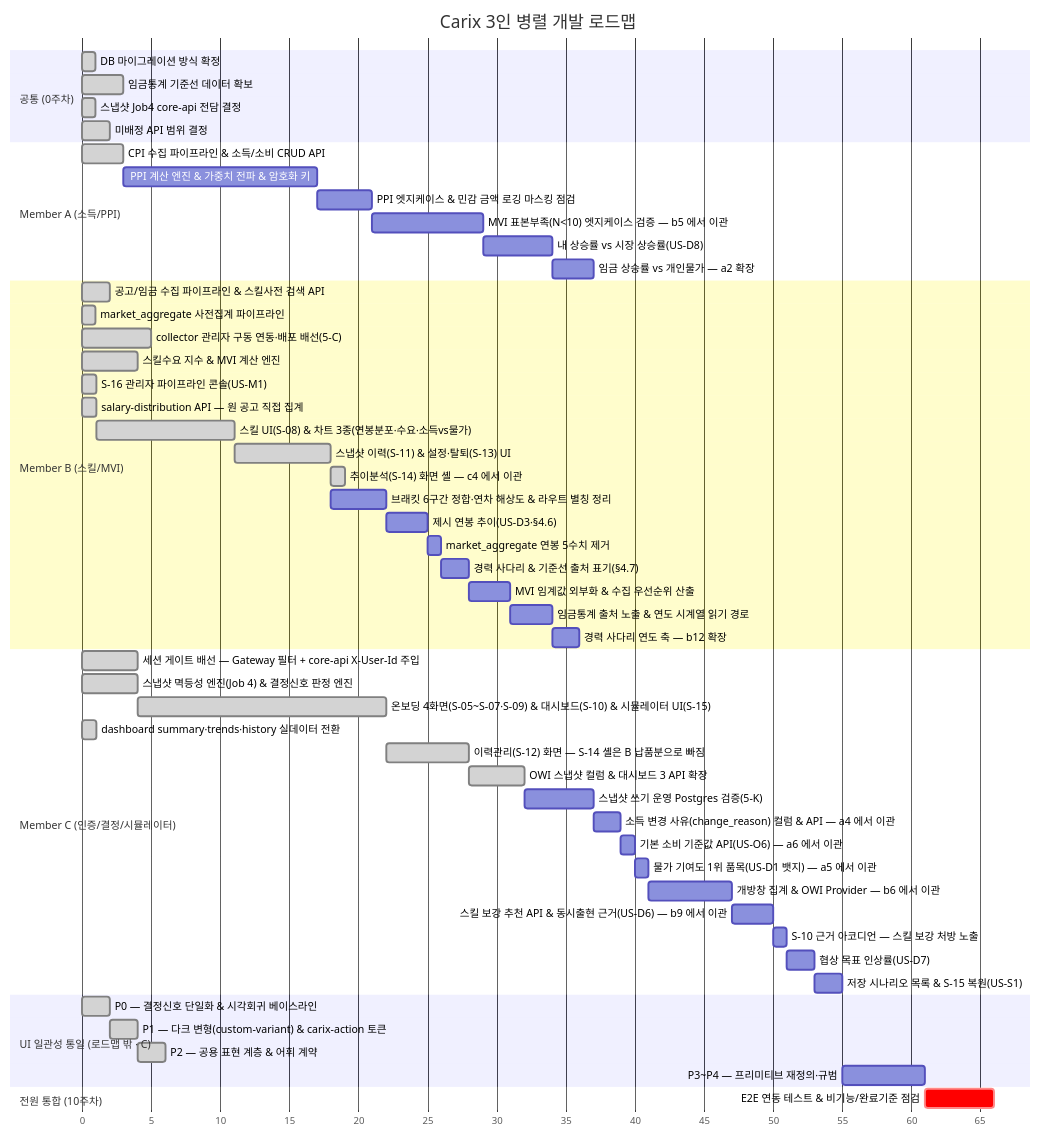
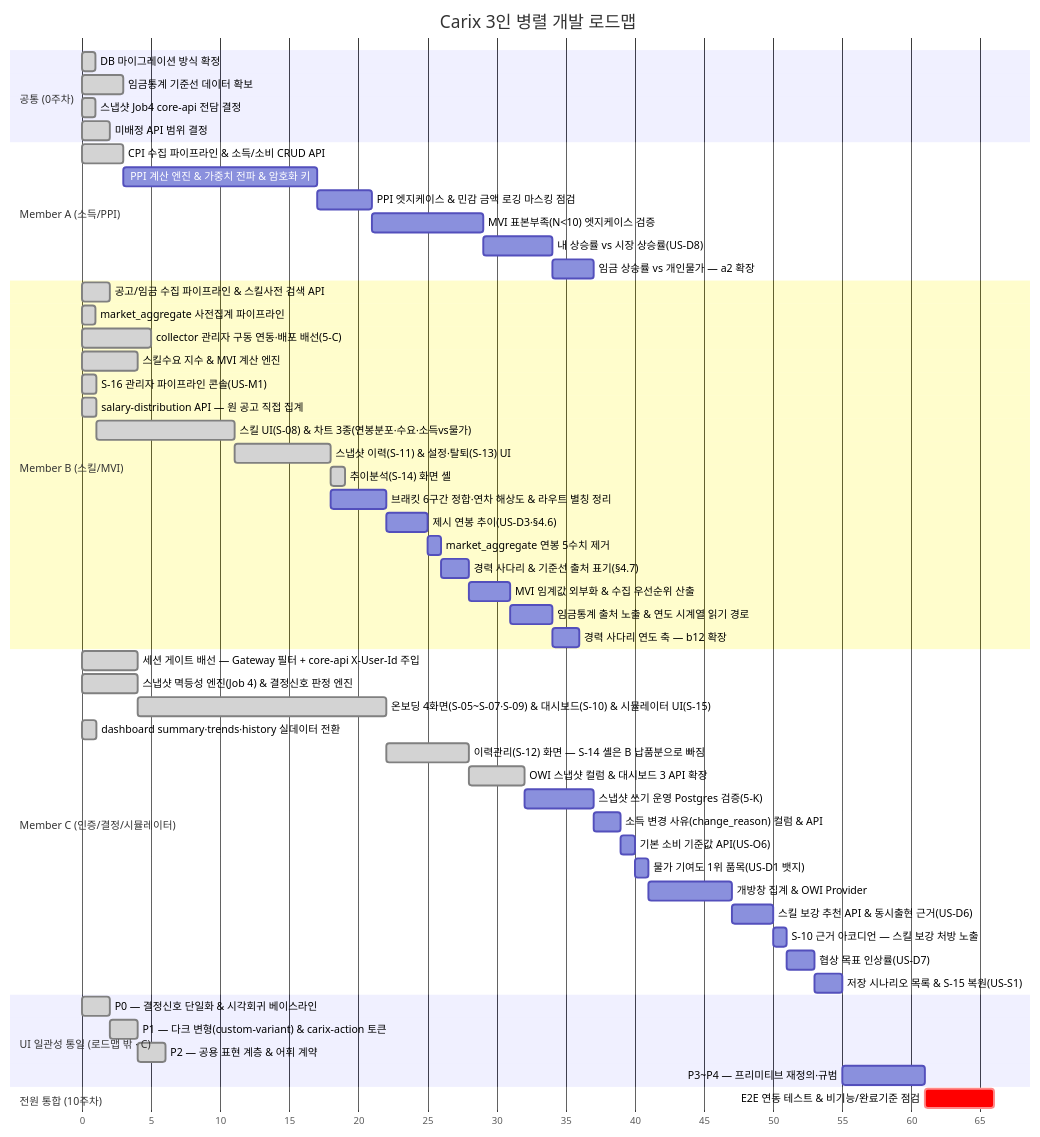
Before and after one commit to SeoHyeokGyu/Carix: the first of 2 diagrams in docs/plans/carix-dev-plan.md, drawn with Mermaid. The commit also changed other lines of this file and 1 other file, not shown here.

````diff
--- a/docs/plans/carix-dev-plan.md
+++ b/docs/plans/carix-dev-plan.md
@@ -93,58 +91,58 @@
 ```mermaid
 gantt
     title Carix 3인 병렬 개발 로드맵
     dateFormat X
     axisFormat %s
     section 공통 (0주차)
     DB 마이그레이션 방식 확정 :done, c0a, 0, 1s
     임금통계 기준선 데이터 확보 :done, a0, 3, 3s
     스냅샷 Job4 core-api 전담 결정 :done, i0, 7, 1s
     미배정 API 범위 결정 :done, c0, 7, 2s
     section Member A (소득/PPI)
     CPI 수집 파이프라인 & 소득/소비 CRUD API :done, a1, 12, 3s
     PPI 계산 엔진 & 가중치 전파 & 암호화 키 :a2, after a1, 14s
     PPI 엣지케이스 & 민감 금액 로깅 마스킹 점검 :a7, after a2, 4s
-    MVI 표본부족(N<10) 엣지케이스 검증 — b5 에서 이관 :a8, after a7, 8s
+    MVI 표본부족(N<10) 엣지케이스 검증 :a8, after a7, 8s
     내 상승률 vs 시장 상승률(US-D8) :a9, after a8, 5s
     임금 상승률 vs 개인물가 — a2 확장 :a10, after a9, 3s
     section Member B (스킬/MVI)
     공고/임금 수집 파이프라인 & 스킬사전 검색 API :done, b1, 2, 2s
     market_aggregate 사전집계 파이프라인 :done, b2a, 3, 1s
     collector 관리자 구동 연동·배포 배선(5-C) :done, b0, 7, 5s
     스킬수요 지수 & MVI 계산 엔진 :done, b2, 8, 4s
     S-16 관리자 파이프라인 콘솔(US-M1) :done, b16, 14, 1s
     salary-distribution API — 원 공고 직접 집계 :done, b3a, 15, 1s
     스킬 UI(S-08) & 차트 3종(연봉분포·수요·소득vs물가) :done, b3, after b3a, 10s
     스냅샷 이력(S-11) & 설정·탈퇴(S-13) UI :done, b4, after b3, 7s
-    추이분석(S-14) 화면 셸 — c4 에서 이관 :done, b4a, after b4, 1s
+    추이분석(S-14) 화면 셸 :done, b4a, after b4, 1s
     브래킷 6구간 정합·연차 해상도 & 라우트 별칭 정리 :b7, after b4, 4s
     제시 연봉 추이(US-D3·§4.6) :b10, after b7, 3s
     market_aggregate 연봉 5수치 제거 :b11, after b10, 1s
     경력 사다리 & 기준선 출처 표기(§4.7) :b12, after b11, 2s
     MVI 임계값 외부화 & 수집 우선순위 산출 :b8, after b12, 3s
     임금통계 출처 노출 & 연도 시계열 읽기 경로 :b13, after b8, 3s
     경력 사다리 연도 축 — b12 확장 :b14, after b13, 2s
     section Member C (인증/결정/시뮬레이터)
     세션 게이트 배선 — Gateway 필터 + core-api X-User-Id 주입 :done, c0b, 7, 4s
     스냅샷 멱등성 엔진(Job 4) & 결정신호 판정 엔진 :done, c2, 8, 4s
     온보딩 4화면(S-05~S-07·S-09) & 대시보드(S-10) & 시뮬레이터 UI(S-15) :done, c3, after c2, 18s
     dashboard summary·trends·history 실데이터 전환 :done, c4a, 15, 1s
     이력관리(S-12) 화면 — S-14 셸은 B 납품분으로 빠짐 :done, c4, after c3, 6s
     OWI 스냅샷 컬럼 & 대시보드 3 API 확장 :done, c6, after c4, 4s
     스냅샷 쓰기 운영 Postgres 검증(5-K) :c5, after c6, 5s
-    소득 변경 사유(change_reason) 컬럼 & API — a4 에서 이관 :c10, after c5, 2s
-    기본 소비 기준값 API(US-O6) — a6 에서 이관 :c11, after c10, 1s
-    물가 기여도 1위 품목(US-D1 뱃지) — a5 에서 이관 :c12, after c11, 1s
-    개방창 집계 & OWI Provider — b6 에서 이관 :c13, after c12 b7, 6s
-    스킬 보강 추천 API & 동시출현 근거(US-D6) — b9 에서 이관 :c14, after c13 b8, 3s
+    소득 변경 사유(change_reason) 컬럼 & API :c10, after c5, 2s
+    기본 소비 기준값 API(US-O6) :c11, after c10, 1s
+    물가 기여도 1위 품목(US-D1 뱃지) :c12, after c11, 1s
+    개방창 집계 & OWI Provider :c13, after c12 b7, 6s
+    스킬 보강 추천 API & 동시출현 근거(US-D6) :c14, after c13 b8, 3s
     S-10 근거 아코디언 — 스킬 보강 처방 노출 :c7, after c14, 1s
     협상 목표 인상률(US-D7) :c8, after c7, 2s
     저장 시나리오 목록 & S-15 복원(US-S1) :c9, after c8, 2s
     section UI 일관성 통일 (로드맵 밖 · C)
     P0 — 결정신호 단일화 & 시각회귀 베이스라인 :done, ui0, 33, 2s
     P1 — 다크 변형(custom-variant) & carix-action 토큰 :done, ui1, after ui0, 2s
     P2 — 공용 표현 계층 & 어휘 계약 :done, ui2, after ui1, 2s
     P3~P4 — 프리미티브 재정의·규범 :ui3, after c9, 6s
     section 전원 통합 (10주차)
     E2E 연동 테스트 & 비기능/완료기준 점검 :crit, e2e, after a10 b14 ui3, 5s
 ```
````
